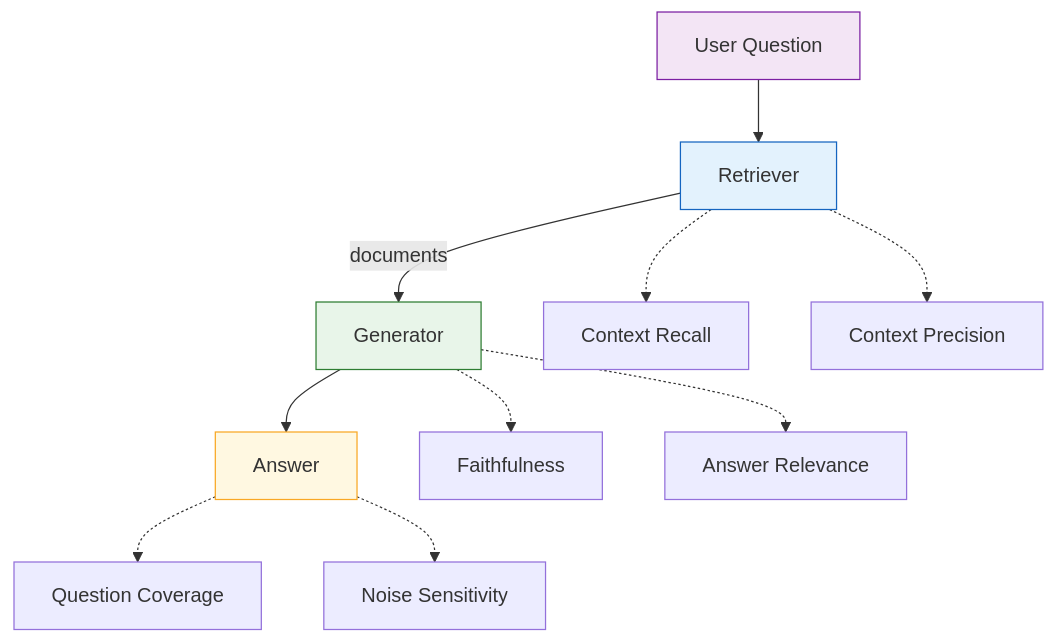
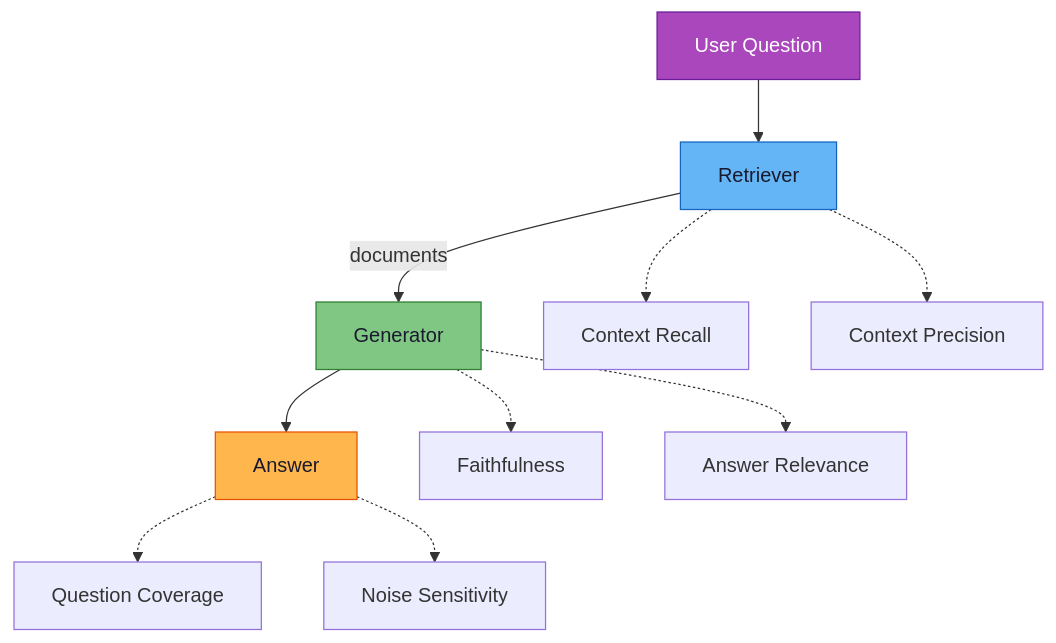
The third of 4 diagrams in docs/index.md (amelie-girard7/ai-evaluators), drawn with Mermaid before and after one commit. The commit also changed other lines of this file and 2 other files, not shown here.

First line of the commit message:
Fix Mermaid diagram colors for dark mode readability

````diff
--- a/docs/index.md
+++ b/docs/index.md
@@ -105,18 +105,18 @@
 ```mermaid
 flowchart TD
     Q[User Question] --> R[Retriever]
     R --> |documents| G[Generator]
     G --> A[Answer]
 
     R -.-> CR[Context Recall]
     R -.-> CP[Context Precision]
     G -.-> F[Faithfulness]
     G -.-> AR[Answer Relevance]
     A -.-> QC[Question Coverage]
     A -.-> NS[Noise Sensitivity]
 
-    style Q fill:#F3E5F5,stroke:#7B1FA2
-    style R fill:#E3F2FD,stroke:#1565C0
-    style G fill:#E8F5E9,stroke:#2E7D32
-    style A fill:#FFF8E1,stroke:#F9A825
+    style Q fill:#AB47BC,stroke:#6A1B9A,color:#FFFFFF
+    style R fill:#64B5F6,stroke:#1565C0,color:#1A1A2E
+    style G fill:#81C784,stroke:#2E7D32,color:#1A1A2E
+    style A fill:#FFB74D,stroke:#E65100,color:#1A1A2E
 ```
````
